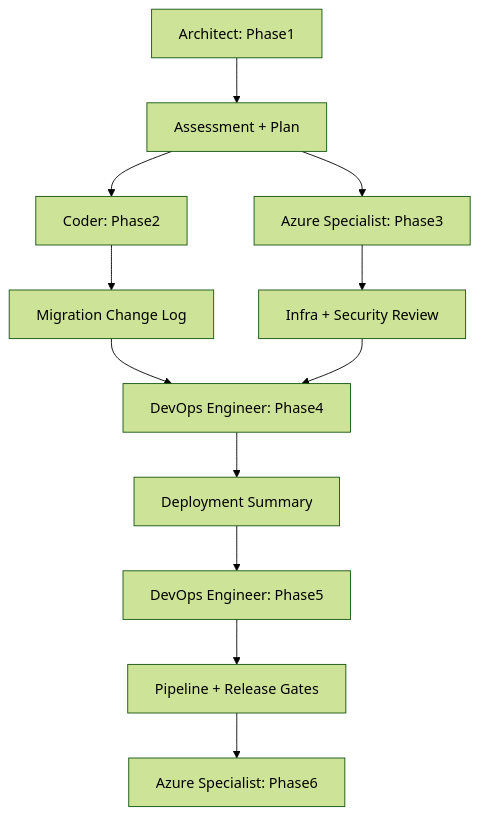
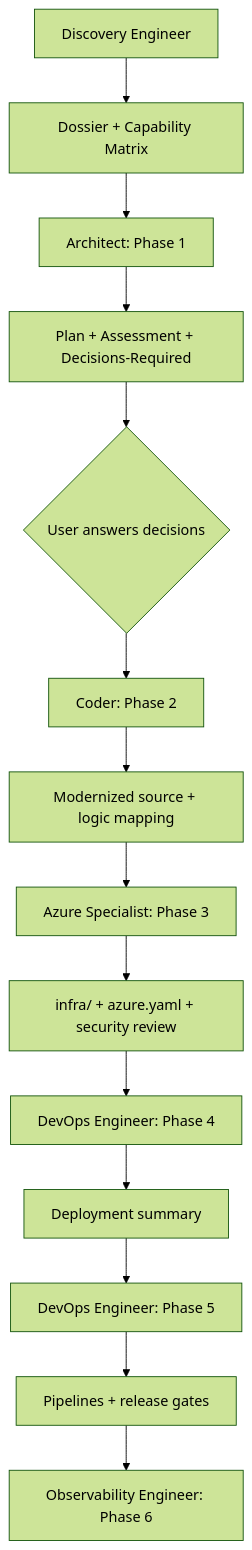
Before and after one commit to RobertoBorges/GHCP-PromptMigration: the seventh of 7 diagrams in docs/architecture/ARCHITECTURE.md, drawn with Mermaid (forest theme). The commit also changed other lines of this file and 371 other files, not shown here.

````diff
--- a/docs/architecture/ARCHITECTURE.md
+++ b/docs/architecture/ARCHITECTURE.md
@@ -737,14 +451,16 @@
 ```mermaid
 graph TD
-    A1[Architect: Phase1] --> H1[Assessment + Plan]
-    H1 --> C1[Coder: Phase2]
-    H1 --> Z1[Azure Specialist: Phase3]
-    C1 --> H2[Migration Change Log]
-    Z1 --> H3[Infra + Security Review]
-    H2 --> D1[DevOps Engineer: Phase4]
-    H3 --> D1
-    D1 --> H4[Deployment Summary]
-    H4 --> V1[DevOps Engineer: Phase5]
-    V1 --> H5[Pipeline + Release Gates]
-    H5 --> O1[Azure Specialist: Phase6]
+    D1[Discovery Engineer] --> H0[Dossier + Capability Matrix]
+    H0 --> A1[Architect: Phase 1]
+    A1 --> H1[Plan + Assessment + Decisions-Required]
+    H1 --> U1{User answers decisions}
+    U1 --> C1[Coder: Phase 2]
+    C1 --> H2[Modernized source + logic mapping]
+    H2 --> Z1[Azure Specialist: Phase 3]
+    Z1 --> H3[infra/ + azure.yaml + security review]
+    H3 --> D2[DevOps Engineer: Phase 4]
+    D2 --> H4[Deployment summary]
+    H4 --> V1[DevOps Engineer: Phase 5]
+    V1 --> H5[Pipelines + release gates]
+    H5 --> O1[Observability Engineer: Phase 6]
 ```
````
